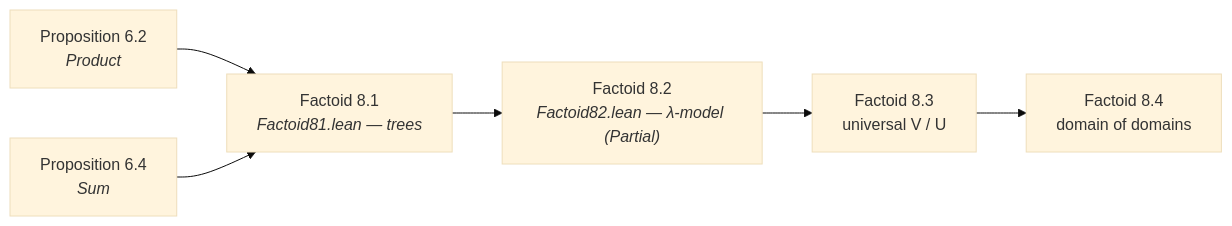
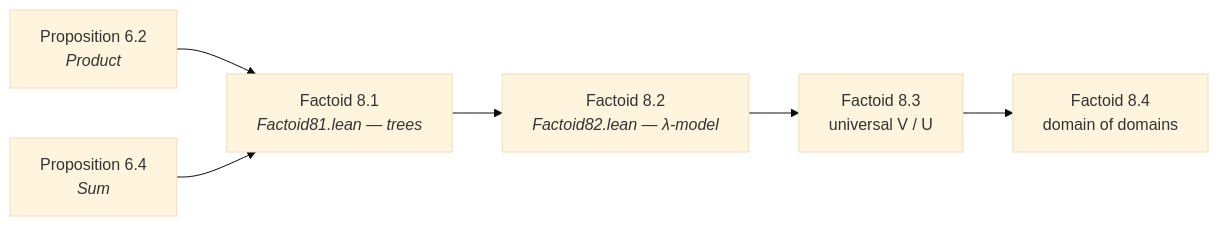
One commit to catskillsresearch/scott1982 changed the tenth of 10 diagrams in arxiv.md. Above: the diagram before and after it, drawn with Mermaid (base theme). The commit also changed other lines of this file and 1 other file, not shown here.

First line of the commit message:
Complete Factoid 8.2: ent_trans, lambdaSystem, and domain unfold.

````diff
--- a/arxiv.md
+++ b/arxiv.md
@@ -644,12 +644,12 @@
 ```mermaid
 flowchart LR
   P62["Proposition 6.2<br/><i>Product</i>"]
   P64["Proposition 6.4<br/><i>Sum</i>"]
   F81["Factoid 8.1<br/><i>Factoid81.lean — trees</i>"]
-  F82["Factoid 8.2<br/><i>Factoid82.lean — λ-model (Partial)</i>"]
+  F82["Factoid 8.2<br/><i>Factoid82.lean — λ-model</i>"]
   F83["Factoid 8.3<br/>universal V / U"]
   F84["Factoid 8.4<br/>domain of domains"]
   P62 --> F81
   P64 --> F81
   F81 --> F82 --> F83 --> F84
 ```
````
